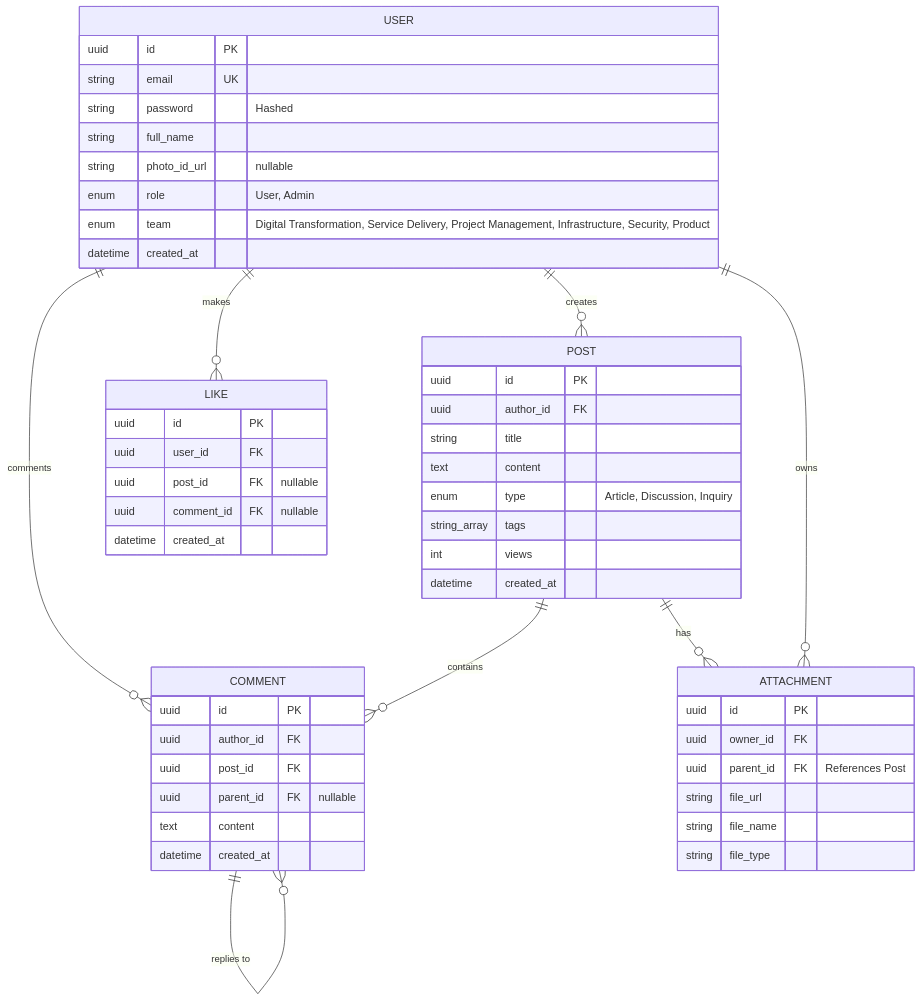
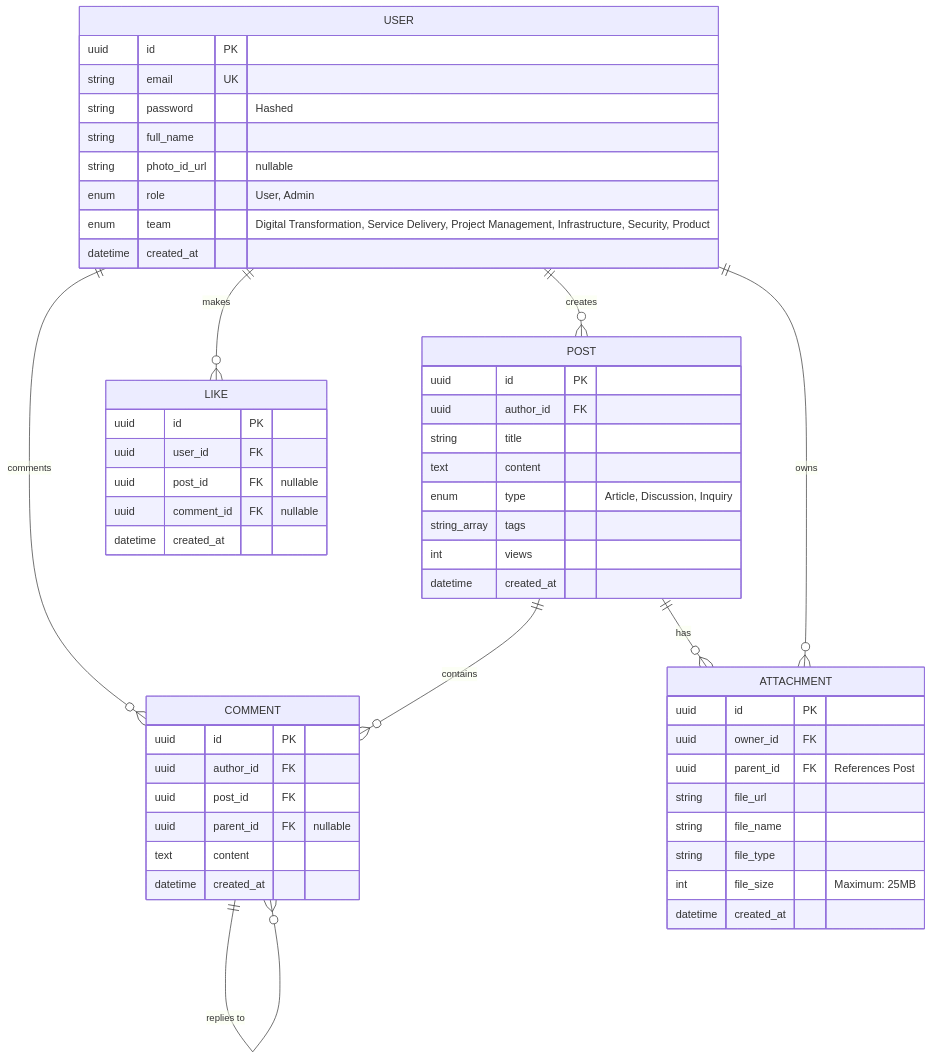
Before and after one commit to maruvici/info-hub: the diagram in docs/entity-relationship.md, drawn with Mermaid. The commit also changed 13 other files, not shown here.

````diff
--- a/docs/entity-relationship.md
+++ b/docs/entity-relationship.md
@@ -1,60 +1,62 @@
 ```mermaid
 erDiagram
     USER ||--o{ POST : "creates"
     USER ||--o{ COMMENT : "comments"
     USER ||--o{ LIKE : "makes"
     
     POST ||--o{ COMMENT : "contains"
     POST ||--o{ ATTACHMENT : "has"
     USER ||--o{ ATTACHMENT : "owns"
     
     COMMENT ||--o{ COMMENT : "replies to"
     
     USER {
         uuid id PK
         string email UK
         string password "Hashed"
         string full_name
         string photo_id_url "nullable"
         enum role "User, Admin"
         enum team "Digital Transformation, Service Delivery, Project Management, Infrastructure, Security, Product"
         datetime created_at
     }
 
     POST {
         uuid id PK
         uuid author_id FK
         string title
         text content
         enum type "Article, Discussion, Inquiry"
         string_array tags
         int views
         datetime created_at
     }
 
     COMMENT {
         uuid id PK
         uuid author_id FK
         uuid post_id FK
         uuid parent_id FK "nullable"
         text content
         datetime created_at
     }
 
     LIKE {
         uuid id PK
         uuid user_id FK
         uuid post_id FK "nullable"
         uuid comment_id FK "nullable"
         datetime created_at
     }
 
     ATTACHMENT {
         uuid id PK
         uuid owner_id FK
         uuid parent_id FK "References Post"
         string file_url
         string file_name
         string file_type
+        int file_size "Maximum: 25MB"
+        datetime created_at
     }
 ```
````
